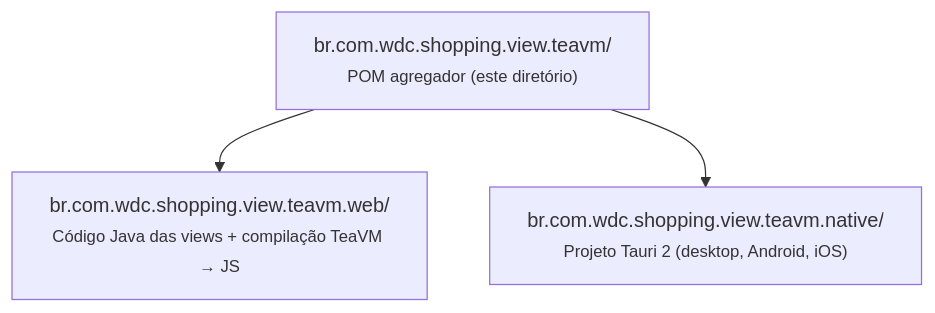
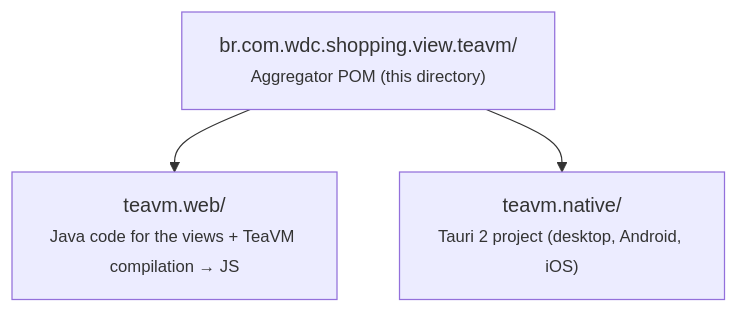
The diagram in fontes/br.com.wdc.shopping/br.com.wdc.shopping.view.teavm/README.md (mrcdom/wdc-cube-java-v2), drawn with Mermaid before and after one commit. The commit also changed other lines of this file and 69 other files, not shown here.

````diff
--- a/fontes/br.com.wdc.shopping/br.com.wdc.shopping.view.teavm/README.md
+++ b/fontes/br.com.wdc.shopping/br.com.wdc.shopping.view.teavm/README.md
@@ -24,9 +24,9 @@
 ```mermaid
 graph TD
-    root["br.com.wdc.shopping.view.teavm/<br/><small>POM agregador (este diretório)</small>"]
-    web["br.com.wdc.shopping.view.teavm.web/<br/><small>Código Java das views + compilação TeaVM → JS</small>"]
-    native["br.com.wdc.shopping.view.teavm.native/<br/><small>Projeto Tauri 2 (desktop, Android, iOS)</small>"]
+    root["br.com.wdc.shopping.view.teavm/<br/><small>Aggregator POM (this directory)</small>"]
+    web["teavm.web/<br/><small>Java code for the views + TeaVM compilation → JS</small>"]
+    native["teavm.native/<br/><small>Tauri 2 project (desktop, Android, iOS)</small>"]
 
     root --> web
     root --> native
 ```
````
